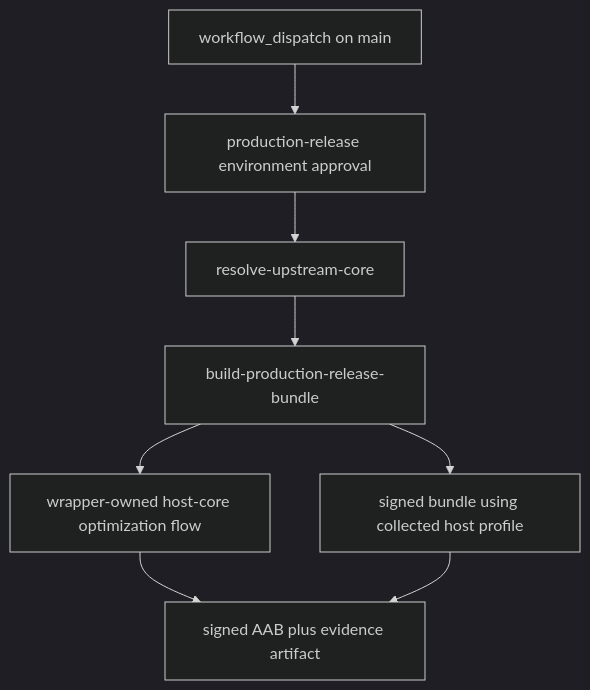
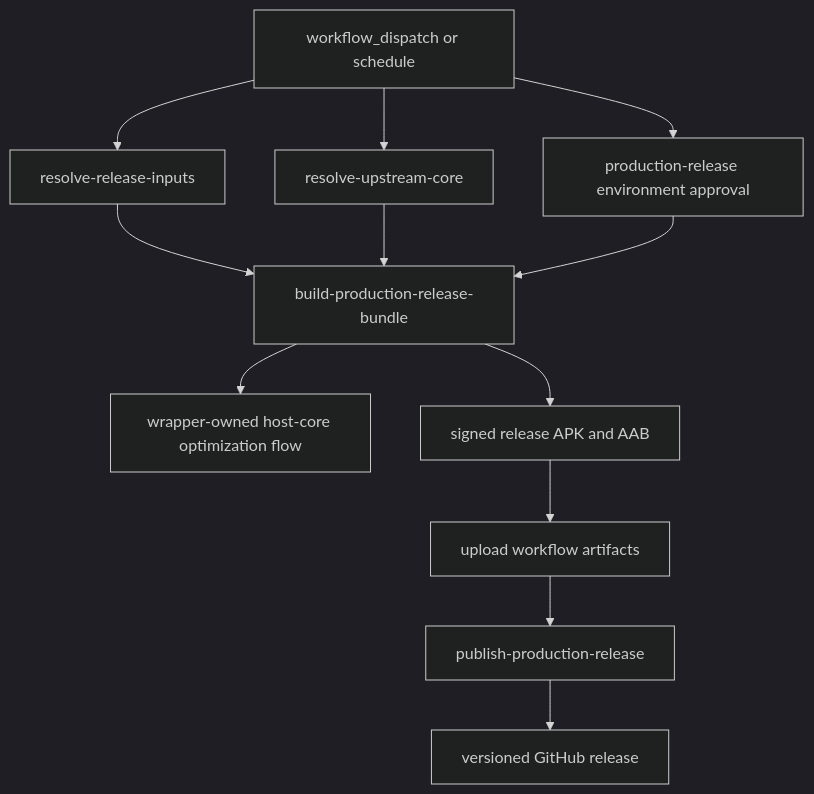
One commit to ppigazzini/r47zen changed the second of 2 diagrams in android/docs/dev/70-ci-and-release-workflow.md. Above: the diagram before and after it, drawn with Mermaid (dark theme). The commit also changed other lines of this file and 5 other files, not shown here.

First line of the commit message:
feat(android): publish signed release apk and aab from protected workflow

````diff
--- a/android/docs/dev/70-ci-and-release-workflow.md
+++ b/android/docs/dev/70-ci-and-release-workflow.md
@@ -225,16 +236,20 @@
 ```mermaid
 flowchart TD
-  A[workflow_dispatch on main]
-  B[production-release environment approval]
+  A[workflow_dispatch or schedule]
+  B[resolve-release-inputs]
   C[resolve-upstream-core]
-  D[build-production-release-bundle]
-  E[wrapper-owned host-core optimization flow]
-  F[signed bundle using collected host profile]
-  G[signed AAB plus evidence artifact]
+  D[production-release environment approval]
+  E[build-production-release-bundle]
+  F[wrapper-owned host-core optimization flow]
+  G[signed release APK and AAB]
+  H[upload workflow artifacts]
+  I[publish-production-release]
+  J[versioned GitHub release]
 
-  A --> B --> C --> D
-  D --> E
-  D --> F
+  A --> B --> E
+  A --> C --> E
+  A --> D --> E
+  E --> F
   E --> G
-  F --> G
+  G --> H --> I --> J
 ```
````
